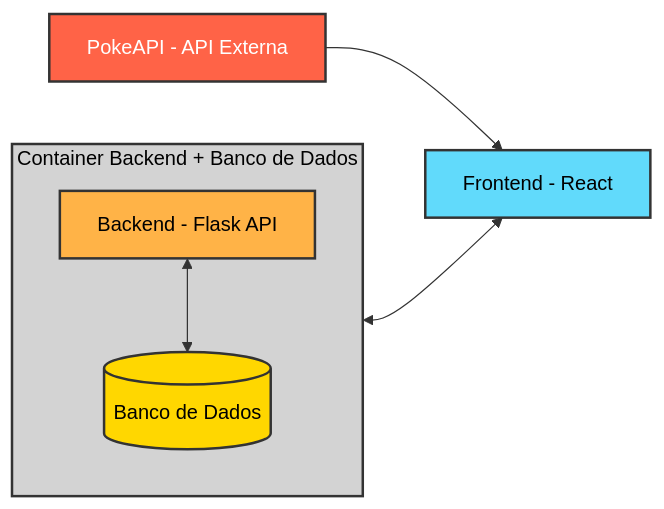
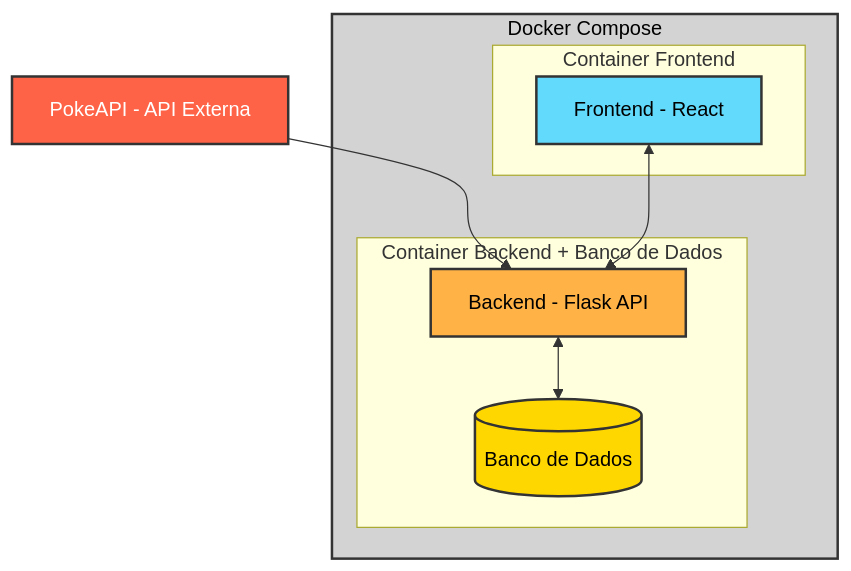
Before and after one commit to HelenaMayumiTomokane/FrontEnd-Avancado-Pokemon: the diagram in README.md, drawn with Mermaid. The commit also changed other lines of this file, not shown here.

Commit message:
Primeiro commit

````diff
--- a/README.md
+++ b/README.md
@@ -10,23 +10,36 @@
 ```mermaid
-flowchart LR
-    subgraph BACK_CONTAINER[Container Backend + Banco de Dados]
-        BE[Backend - Flask API]
-        DB[(Banco de Dados)]
-        BE <--> DB
+flowchart TB
+    %% ----------------------------
+    %% Containers controlados pelo Docker Compose
+    %% ----------------------------
+    subgraph COMPOSE[Docker Compose]
+        subgraph FRONT[Container Frontend]
+            FE[Frontend - React]
+        end
+
+        subgraph BACK[Container Backend + Banco de Dados]
+            BE[Backend - Flask API]
+            DB[(Banco de Dados)]
+            BE <--> DB
+        end
     end
 
-    BACK_CONTAINER <--> FE[Frontend - React]
-    POKEAPI[PokeAPI - API Externa] --> FE
+    %% Comunicação externa
+    POKEAPI[PokeAPI - API Externa] --> BE
+    FE <--> BE
 
+    %% ----------------------------
+    %% Estilos visuais
+    %% ----------------------------
     classDef db fill:#FFD700,stroke:#333,stroke-width:2px,color:#000;
     classDef backend fill:#FFB347,stroke:#333,stroke-width:2px,color:#000;
     classDef frontend fill:#61DAFB,stroke:#333,stroke-width:2px,color:#000;
     classDef pokeapi fill:#FF6347,stroke:#333,stroke-width:2px,color:#fff;
-    classDef container fill:#D3D3D3,stroke:#333,stroke-width:2px,color:#000;
+    classDef compose fill:#D3D3D3,stroke:#333,stroke-width:2px,color:#000;
 
     class DB db;
     class BE backend;
     class FE frontend;
     class POKEAPI pokeapi;
-    class BACK_CONTAINER container;
+    class COMPOSE compose;
 ```
````
